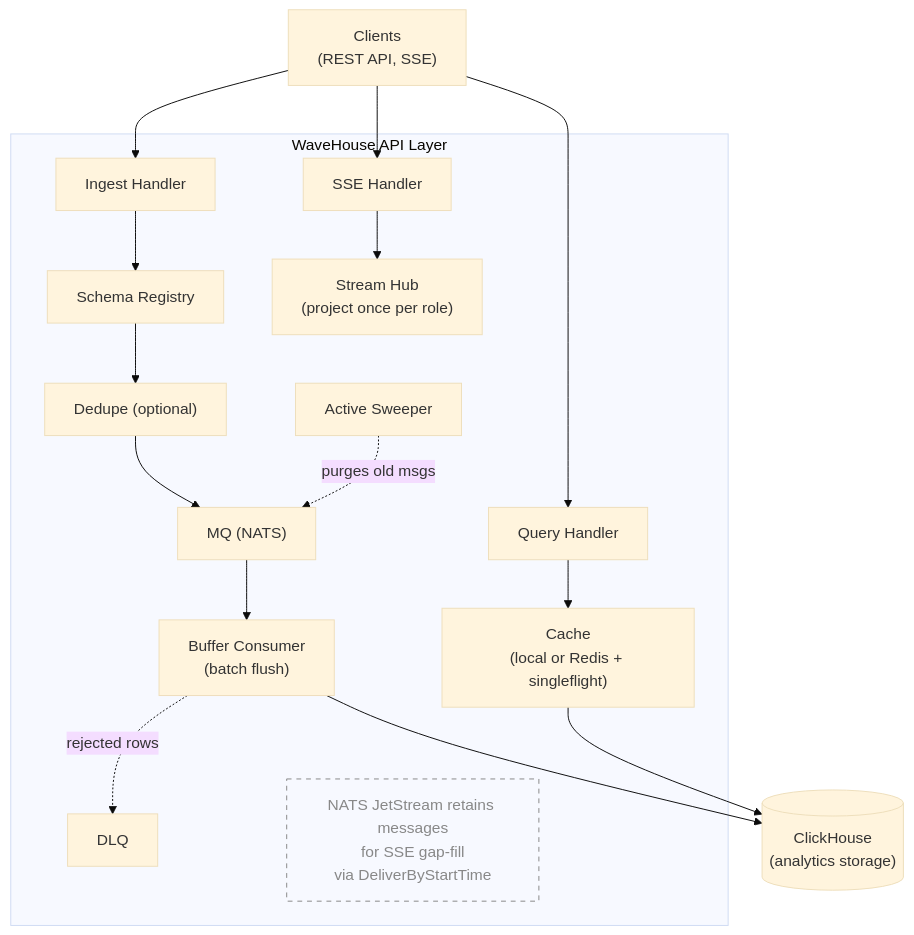
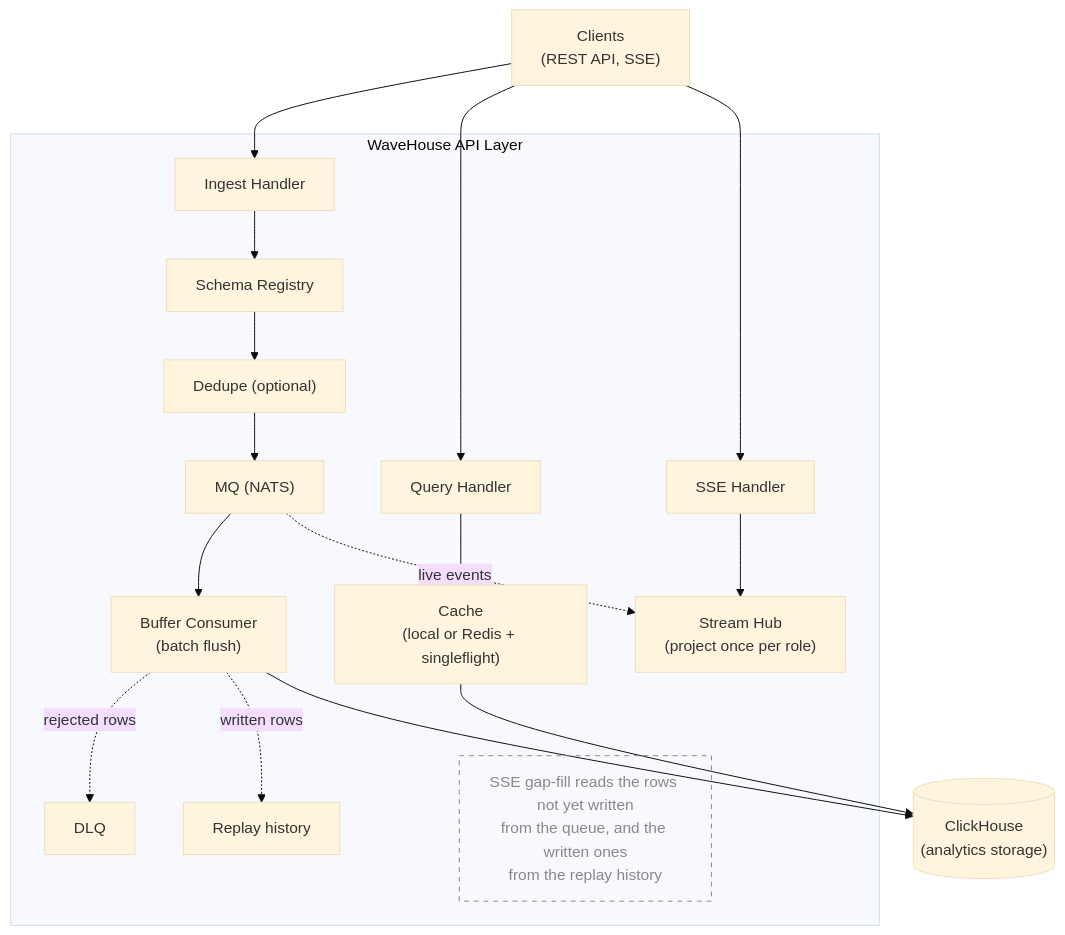
One commit to Wave-RF/WaveHouse changed the diagram in docs/src/content/docs/architecture.md. Above: the diagram before and after it, drawn with Mermaid (base theme). The commit also changed other lines of this file and 89 other files, not shown here.

Commit message:
fix(mq): work-queue ingest with a worker-written replay history

````diff
--- a/docs/src/content/docs/architecture.md
+++ b/docs/src/content/docs/architecture.md
@@ -16,29 +16,30 @@
 ```mermaid
 flowchart TD
     Clients["Clients<br/>(REST API, SSE)"]:::client
 
     Clients --> IH
     Clients --> QH
     Clients --> SSH
 
     subgraph api["WaveHouse API Layer"]
         IH["Ingest Handler"] --> SR["Schema Registry"]
         SR --> DD["Dedupe (optional)"]
         DD --> MQ["MQ (NATS)"]
         MQ --> BC["Buffer Consumer<br/>(batch flush)"]
         BC -.->|rejected rows| DLQ["DLQ"]:::fail
 
         QH["Query Handler"] --> Cache["Cache<br/>(local or Redis + singleflight)"]
 
         SSH["SSE Handler"] --> Hub["Stream Hub<br/>(project once per role)"]
 
-        SW["Active Sweeper"] -.->|purges old msgs| MQ
+        MQ -.->|live events| Hub
+        BC -.->|written rows| HIST["Replay history"]
 
-        NATS["NATS JetStream retains messages<br/>for SSE gap-fill<br/>via DeliverByStartTime"]
+        NATS["SSE gap-fill reads the rows not yet written<br/>from the queue, and the written ones<br/>from the replay history"]
     end
 
     BC --> CH[("ClickHouse<br/>(analytics storage)")]:::store
     Cache --> CH
 
     style NATS fill:none,stroke-dasharray:5 5,stroke:#888,color:#888
 ```
````
